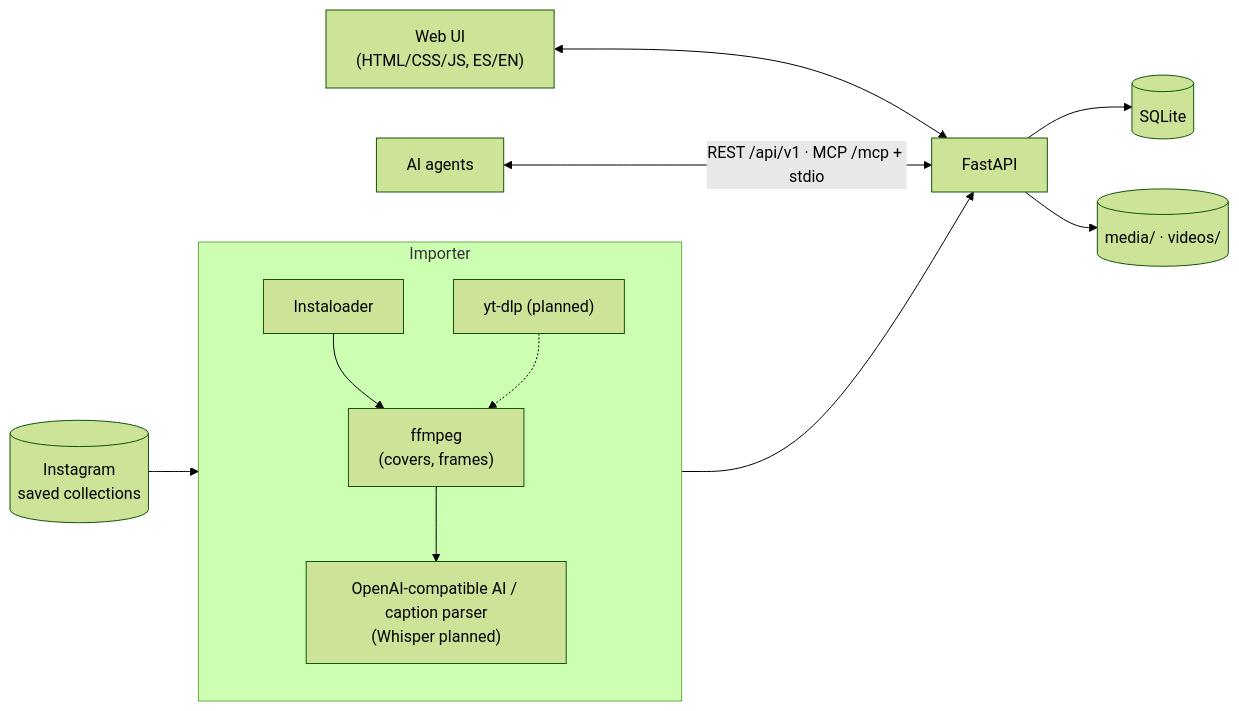
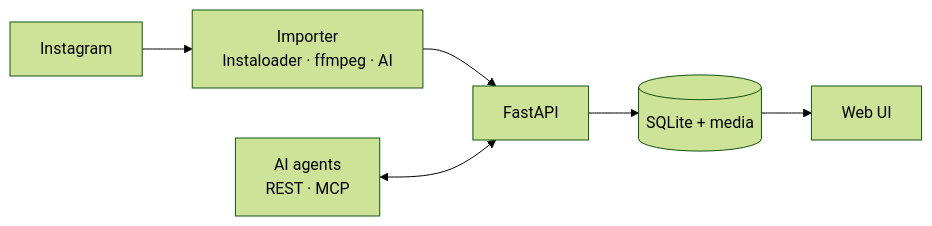
One commit to B3RT1C/recetas changed the diagram in README.md. Above: the diagram before and after it, drawn with Mermaid (forest theme). The commit also changed other lines of this file and 2 other files, not shown here.

Commit message:
docs(readme): captions below gallery, simpler architecture diagram, v2.1.3 facts (178 tests, 4 views)

````diff
--- a/README.md
+++ b/README.md
@@ -49,15 +51,8 @@
 ```mermaid
 flowchart LR
-  IG[("Instagram<br/>saved collections")] --> IMP
-  subgraph IMP["Importer"]
-    direction TB
-    IL["Instaloader"] --> FF["ffmpeg<br/>(covers, frames)"]
-    YT["yt-dlp (planned)"] -.-> FF
-    FF --> AI["OpenAI-compatible AI / caption parser<br/>(Whisper planned)"]
-  end
+  IG["Instagram"] --> IMP["Importer<br/>Instaloader · ffmpeg · AI"]
   IMP --> API["FastAPI"]
-  API --> DB[("SQLite")]
-  API --> MED[("media/ · videos/")]
-  UI["Web UI<br/>(HTML/CSS/JS, ES/EN)"] <--> API
-  AG["AI agents"] <-->|"REST /api/v1 · MCP /mcp + stdio"| API
+  API --> DB[("SQLite + media")]
+  DB --> UI["Web UI"]
+  AG["AI agents<br/>REST · MCP"] <--> API
 ```
````
